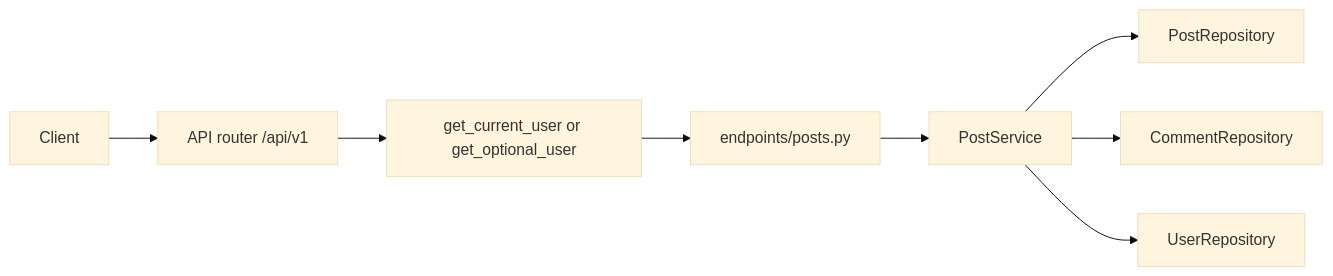
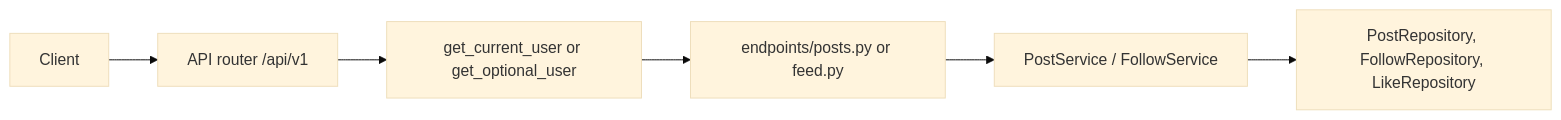
Before and after one commit to poluru-labs/fastapi-realworld-projects: the first of 2 diagrams in intermediate/fastapi-social-feed/README.md, drawn with Mermaid (base theme). The commit also changed other lines of this file and 19 other files, not shown here.

Commit message:
new docs, swagger, endpoints updated for intermediate/fastapi-social-feed

````diff
--- a/intermediate/fastapi-social-feed/README.md
+++ b/intermediate/fastapi-social-feed/README.md
@@ -53,10 +62,8 @@
 ```mermaid
 flowchart LR
   Client --> Router["API router /api/v1"]
   Router --> Deps["get_current_user or get_optional_user"]
-  Deps --> Endpoint["endpoints/posts.py"]
-  Endpoint --> Service["PostService"]
-  Service --> Posts["PostRepository"]
-  Service --> Comments["CommentRepository"]
-  Service --> Users["UserRepository"]
+  Deps --> Endpoint["endpoints/posts.py or feed.py"]
+  Endpoint --> Service["PostService / FollowService"]
+  Service --> Repos["PostRepository, FollowRepository, LikeRepository"]
 ```
````
